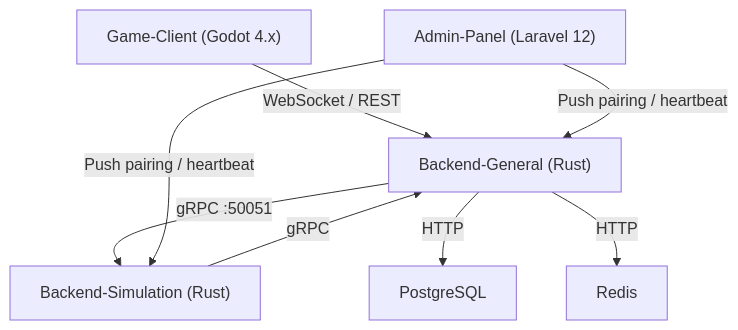
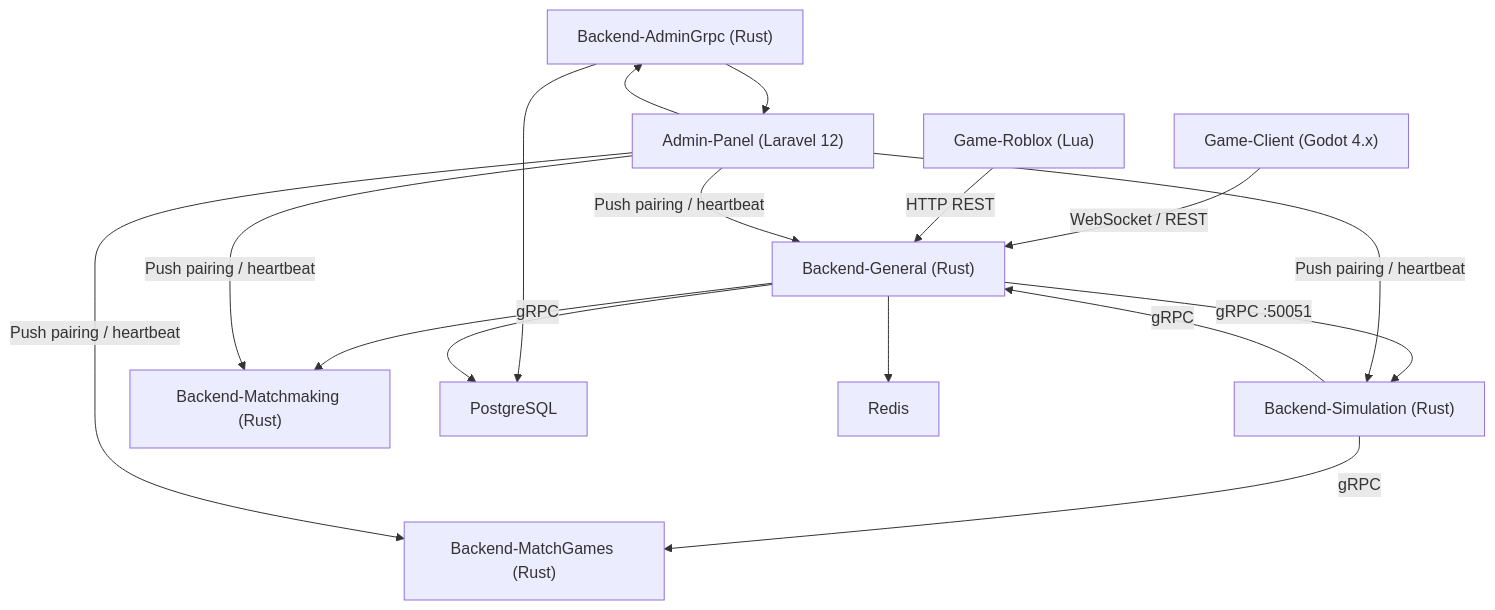
Before and after one commit to YueMi-Development/Auto-Chess-Game: the diagram in README.md, drawn with Mermaid. The commit also changed other lines of this file, not shown here.

Commit message:
docs: update README with all 5 backend services and Roblox client

````diff
--- a/README.md
+++ b/README.md
@@ -8,17 +8,29 @@
 ```mermaid
 flowchart TD
     Client["Game-Client (Godot 4.x)"]
+    Roblox["Game-Roblox (Lua)"]
+    AdminGrpc["Backend-AdminGrpc (Rust)"]
     Gen["Backend-General (Rust)"]
     Sim["Backend-Simulation (Rust)"]
+    Match["Backend-MatchGames (Rust)"]
+    Matchmake["Backend-Matchmaking (Rust)"]
     DB["PostgreSQL"]
     Redis["Redis"]
     Admin["Admin-Panel (Laravel 12)"]
 
     Client --"WebSocket / REST"--> Gen
+    Roblox --"HTTP REST"--> Gen
     Gen --"gRPC :50051"--> Sim
-    Gen --"HTTP"--> DB
-    Gen --"HTTP"--> Redis
+    Gen --"gRPC"--> Matchmake
+    Sim --"gRPC"--> Match
+    Sim --"gRPC"--> Gen
+    AdminGrpc --> DB
+    Admin --> AdminGrpc
+    AdminGrpc --> Admin
+    Gen --> DB
+    Gen --> Redis
     Admin --"Push pairing / heartbeat"--> Gen
     Admin --"Push pairing / heartbeat"--> Sim
-    Sim --"gRPC"--> Gen
+    Admin --"Push pairing / heartbeat"--> Matchmake
+    Admin --"Push pairing / heartbeat"--> Match
 ```
````
